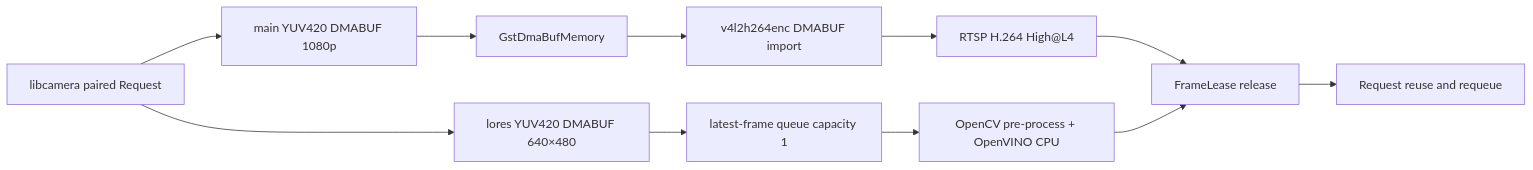
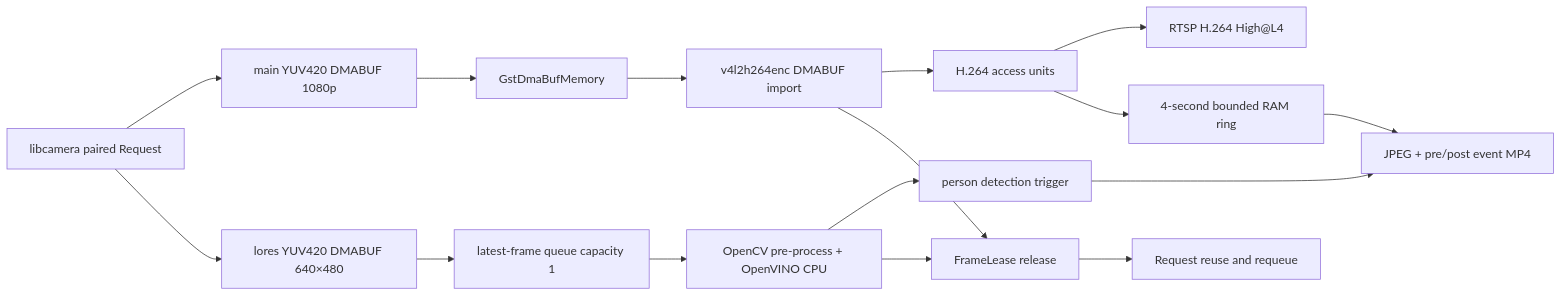
Before and after one commit to fryholic/eggvision: the diagram in README.md, drawn with Mermaid. The commit also changed other lines of this file and 37 other files, not shown here.

````diff
--- a/README.md
+++ b/README.md
@@ -12,13 +12,18 @@
 ```mermaid
 flowchart LR
     C["libcamera paired Request"] --> M["main YUV420 DMABUF 1080p"]
     C --> L["lores YUV420 DMABUF 640×480"]
     M --> G["GstDmaBufMemory"]
     G --> V["v4l2h264enc DMABUF import"]
-    V --> R["RTSP H.264 High@L4"]
+    V --> A["H.264 access units"]
+    A --> R["RTSP H.264 High@L4"]
+    A --> B["4-second bounded RAM ring"]
     L --> Q["latest-frame queue capacity 1"]
     Q --> O["OpenCV pre-process + OpenVINO CPU"]
-    R --> F["FrameLease release"]
+    O --> T["person detection trigger"]
+    T --> E["JPEG + pre/post event MP4"]
+    B --> E
+    V --> F["FrameLease release"]
     O --> F
     F --> X["Request reuse and requeue"]
 ```
````
